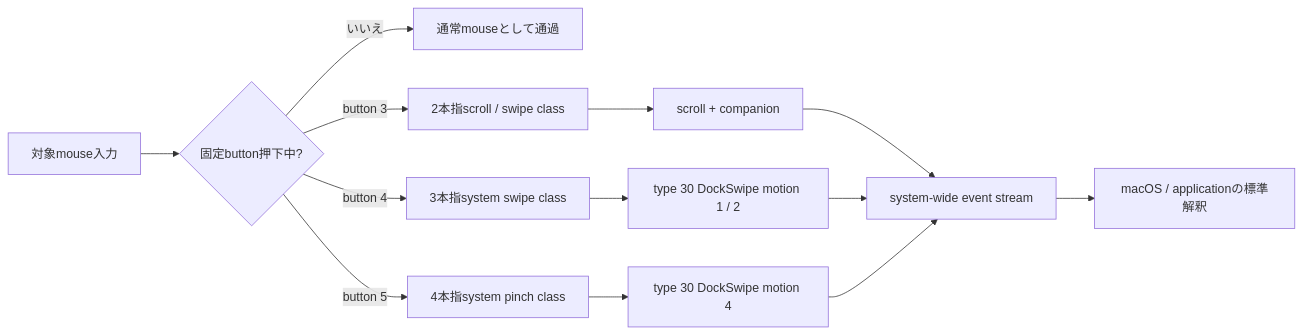
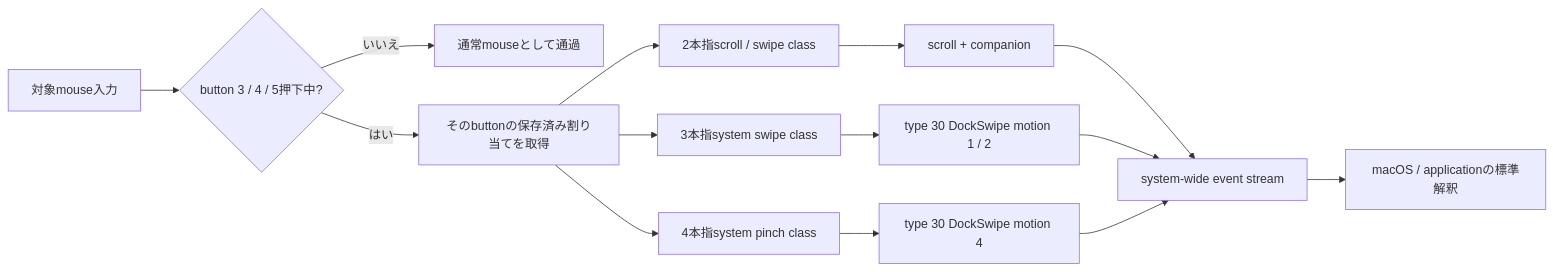
The diagram in README.md (char5742/nape-gesture), drawn with Mermaid before and after one commit. The commit also changed other lines of this file and 45 other files, not shown here.

````diff
--- a/README.md
+++ b/README.md
@@ -22,15 +30,16 @@
 ```mermaid
 flowchart LR
-    input["対象mouse入力"] --> gate{"固定button押下中?"}
+    input["対象mouse入力"] --> gate{"button 3 / 4 / 5押下中?"}
     gate -->|"いいえ"| passthrough["通常mouseとして通過"]
-    gate -->|"button 3"| two["2本指scroll / swipe class"]
-    gate -->|"button 4"| three["3本指system swipe class"]
-    gate -->|"button 5"| four["4本指system pinch class"]
+    gate -->|"はい"| assignment["そのbuttonの保存済み割り当てを取得"]
+    assignment --> two["2本指scroll / swipe class"]
+    assignment --> three["3本指system swipe class"]
+    assignment --> four["4本指system pinch class"]
     two --> scroll["scroll + companion"]
     three --> dock["type 30 DockSwipe motion 1 / 2"]
     four --> pinch["type 30 DockSwipe motion 4"]
     scroll --> system["system-wide event stream"]
     dock --> system
     pinch --> system
     system --> result["macOS / applicationの標準解釈"]
 ```
````
